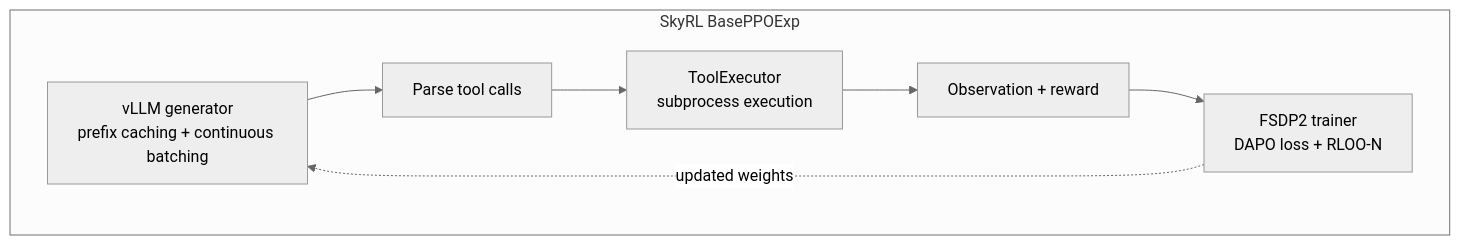
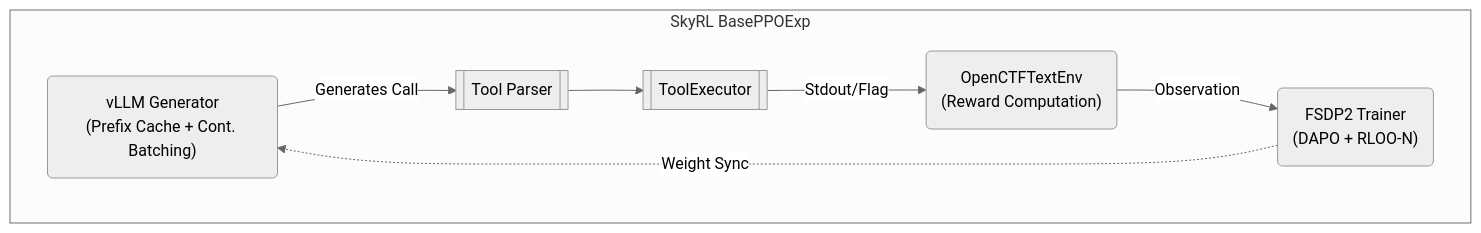
The third of 5 diagrams in docs/architecture.md (westonbrown/open-ctf-env), drawn with Mermaid (neutral theme) before and after one commit. The commit also changed other lines of this file and 17 other files, not shown here.

Commit message:
docs: refine, semanticize, and simplify mermaid architecture charts

````diff
--- a/docs/architecture.md
+++ b/docs/architecture.md
@@ -153,14 +175,17 @@
 ```mermaid
 flowchart LR
     subgraph skyrl["SkyRL BasePPOExp"]
         direction LR
-        vllm["vLLM generator<br/>prefix caching + continuous batching"]
-        parse["Parse tool calls"]
-        exec["ToolExecutor<br/>subprocess execution"]
-        obs["Observation + reward"]
-        trainer["FSDP2 trainer<br/>DAPO loss + RLOO-N"]
+        vLLM("vLLM Generator<br/>(Prefix Cache + Cont. Batching)")
+        Parser[["Tool Parser"]]
+        Exec[["ToolExecutor"]]
+        Env("OpenCTFTextEnv<br/>(Reward Computation)")
+        Trainer("FSDP2 Trainer<br/>(DAPO + RLOO-N)")
 
-        vllm --> parse --> exec --> obs --> trainer
-        trainer -. "updated weights" .-> vllm
+        vLLM -->|"Generates Call"| Parser
+        Parser --> Exec
+        Exec -->|"Stdout/Flag"| Env
+        Env -->|"Observation"| Trainer
+        Trainer -.->|"Weight Sync"| vLLM
     end
 ```
````
